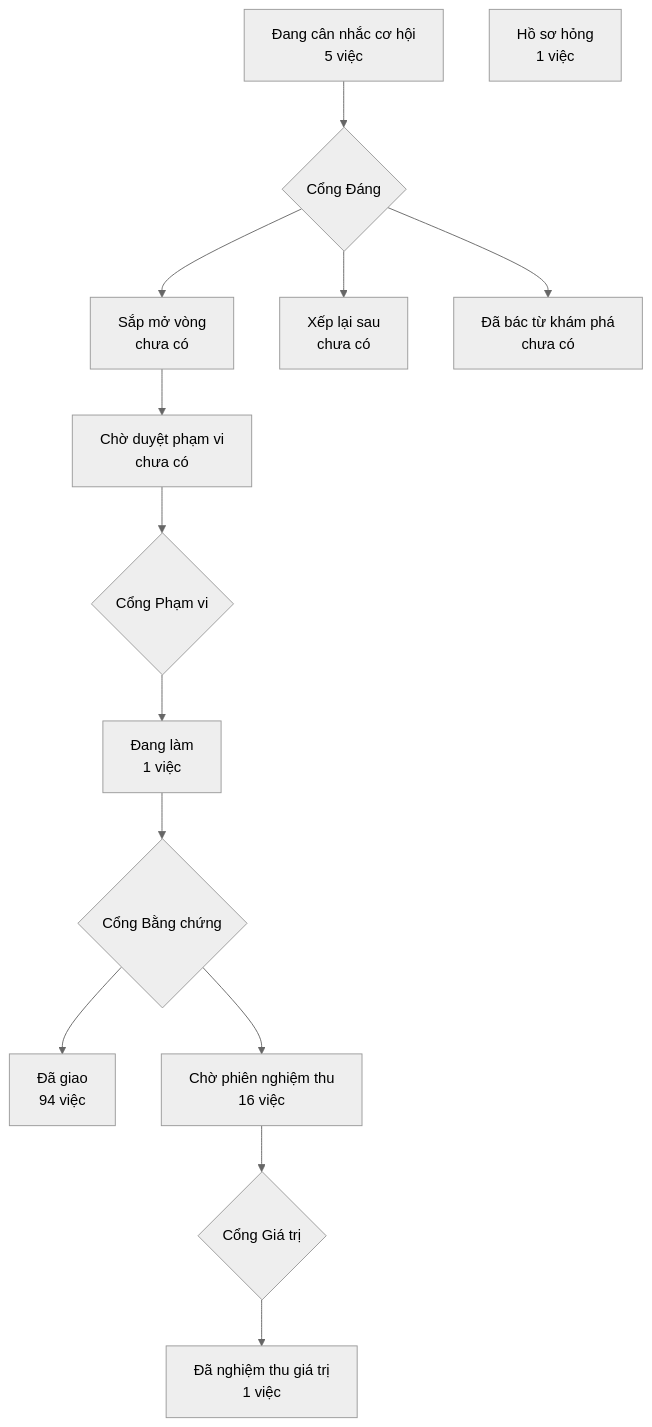
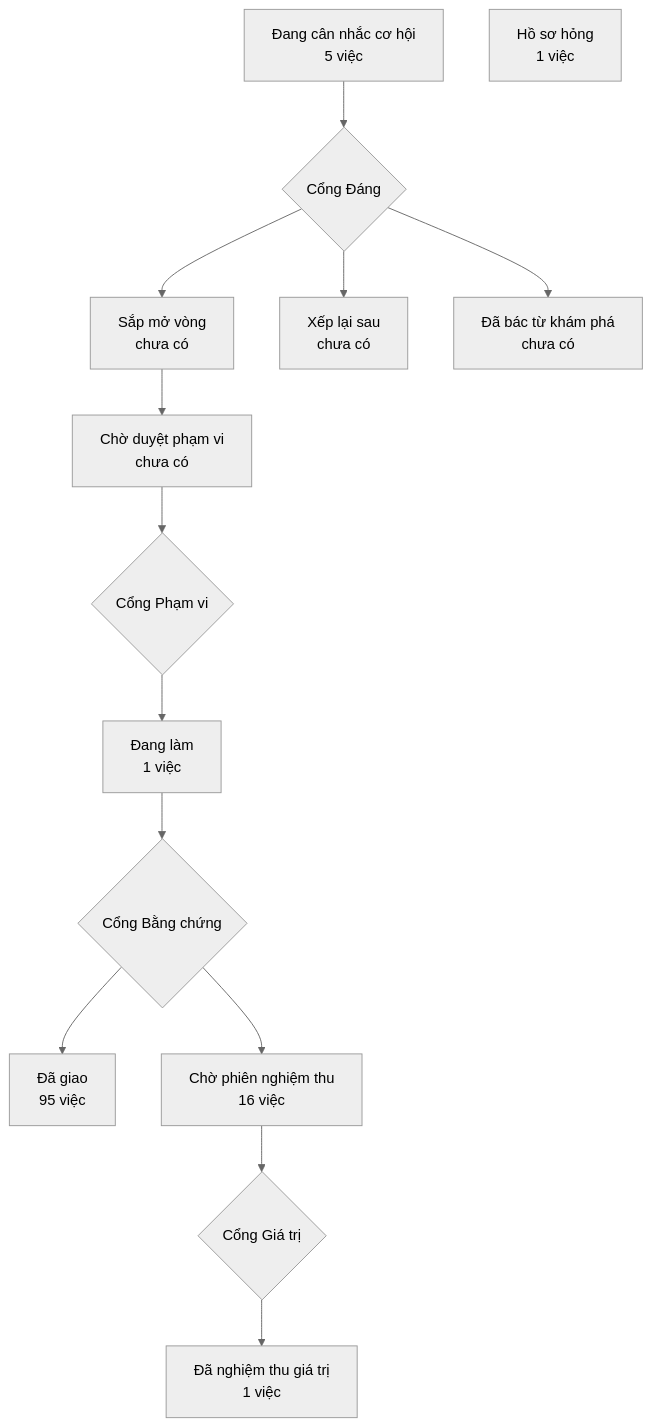
One commit to phanlemanh/crm-onehub changed the diagram in PRODUCT-MAP.md. Above: the diagram before and after it, drawn with Mermaid (neutral theme).

Commit message:
PRODUCT-MAP: vẽ lại sau khi gộp onehub

````diff
--- a/PRODUCT-MAP.md
+++ b/PRODUCT-MAP.md
@@ -6,13 +6,13 @@
 ```mermaid
 flowchart TD
   A["Đang cân nhắc cơ hội<br/>5 việc"] --> GD{"Cổng Đáng"}
   GD --> B["Sắp mở vòng<br/>chưa có"]
   GD --> XL["Xếp lại sau<br/>chưa có"]
   GD --> DB["Đã bác từ khám phá<br/>chưa có"]
   B --> CD["Chờ duyệt phạm vi<br/>chưa có"] --> GP{"Cổng Phạm vi"}
   GP --> DL["Đang làm<br/>1 việc"] --> GB{"Cổng Bằng chứng"}
-  GB --> DG["Đã giao<br/>94 việc"]
+  GB --> DG["Đã giao<br/>95 việc"]
   GB --> CN["Chờ phiên nghiệm thu<br/>16 việc"] --> GG{"Cổng Giá trị"}
   GG --> NT["Đã nghiệm thu giá trị<br/>1 việc"]
   HS["Hồ sơ hỏng<br/>1 việc"]
 ```
````
